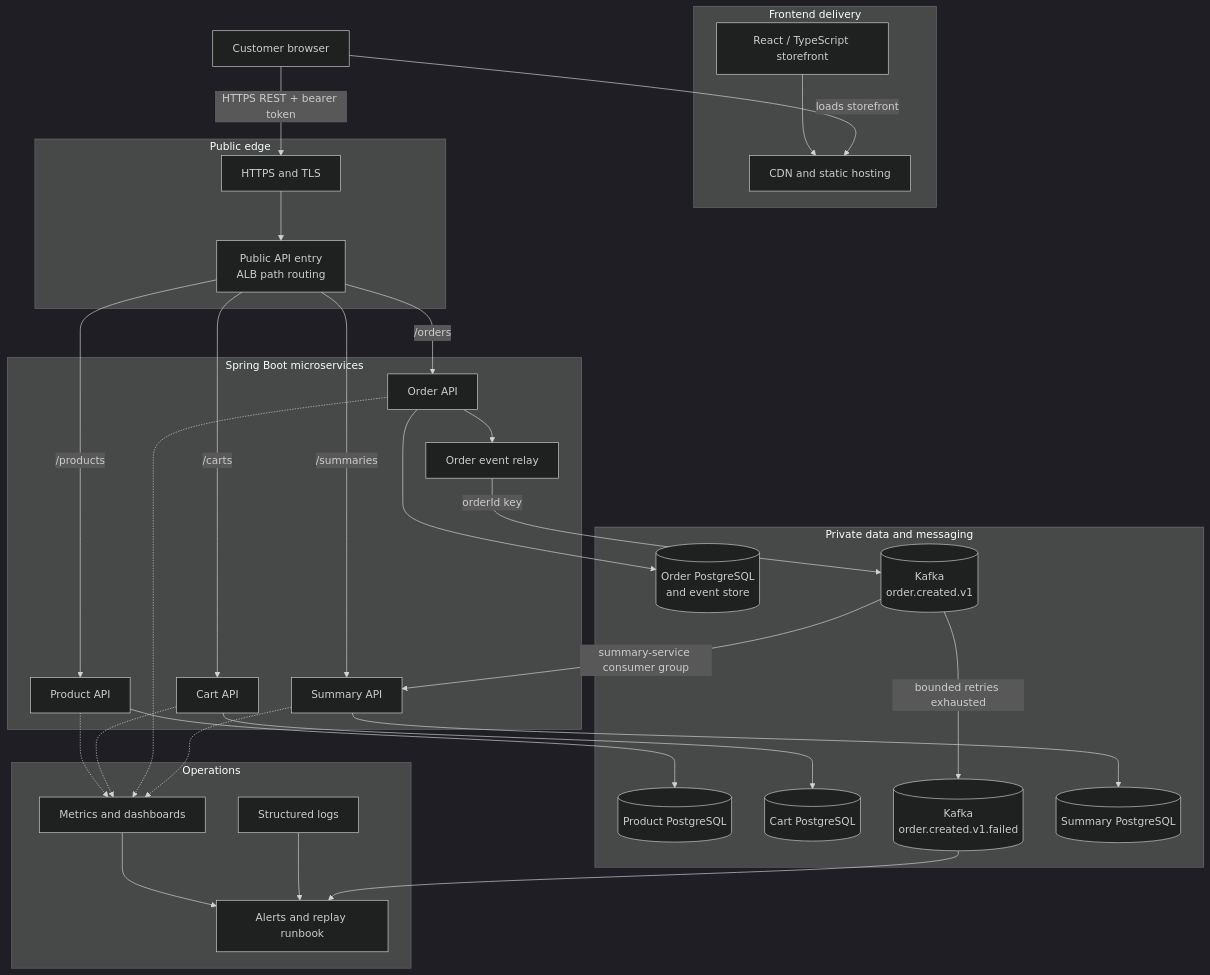
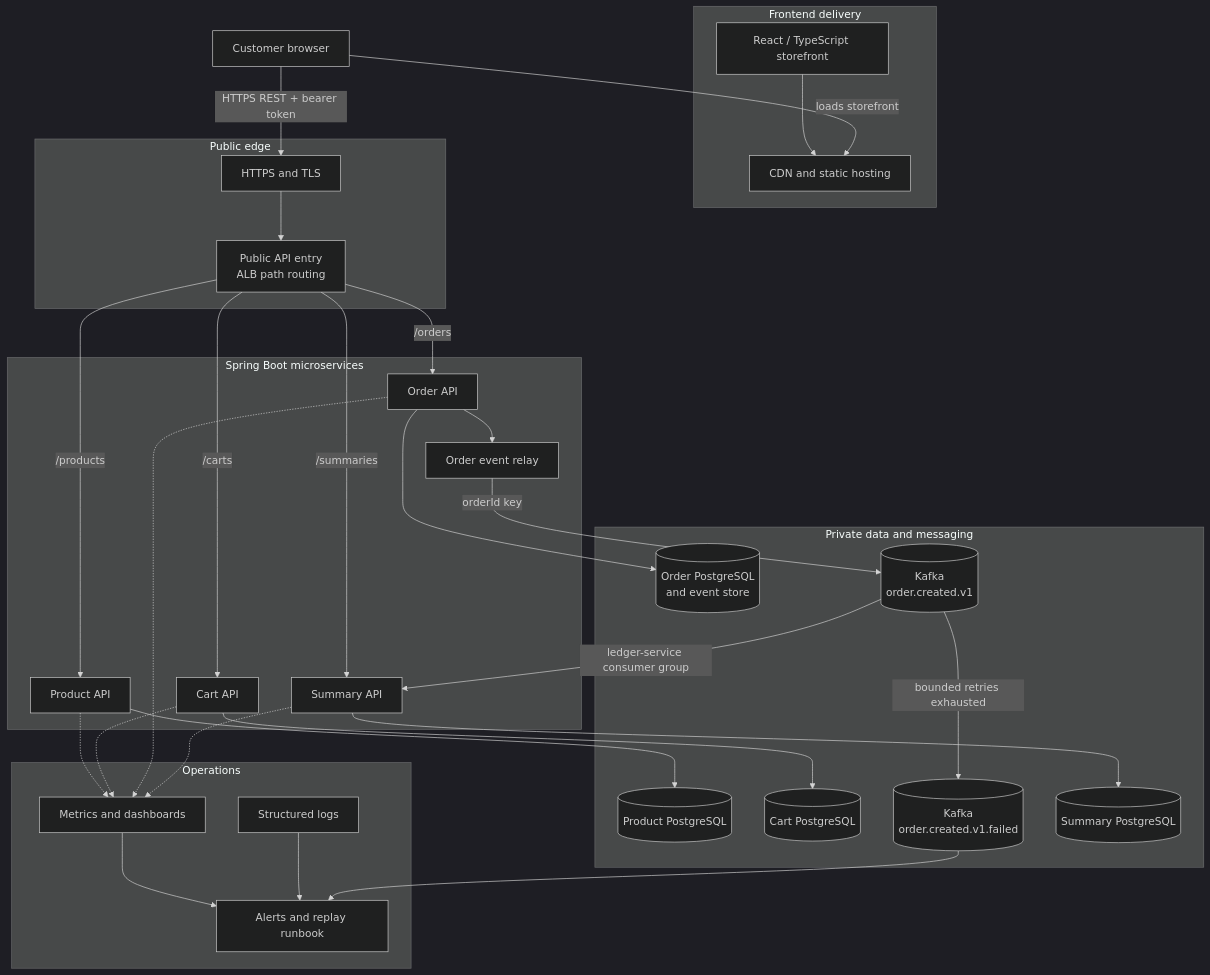
One commit to tukue/grocery-microservices changed the second of 2 diagrams in docs/architecture-overview.md. Above: the diagram before and after it, drawn with Mermaid (dark theme). The commit also changed other lines of this file and 63 other files, not shown here.

First line of the commit message:
Feature/rename summary to ledger service (#76)

````diff
--- a/docs/architecture-overview.md
+++ b/docs/architecture-overview.md
@@ -77,62 +77,62 @@
 ```mermaid
 flowchart TB
     Customer[Customer browser]
 
     subgraph Frontend[Frontend delivery]
         WebApp[React / TypeScript storefront]
         Cdn[CDN and static hosting]
         WebApp --> Cdn
     end
 
     subgraph Edge[Public edge]
         Tls[HTTPS and TLS]
         Api[Public API entry\nALB path routing]
     end
 
     subgraph Backend[Spring Boot microservices]
         ProductApi[Product API]
         CartApi[Cart API]
         OrderApi[Order API]
         SummaryApi[Summary API]
         EventRelay[Order event relay]
     end
 
     subgraph Data[Private data and messaging]
         ProductDb[(Product PostgreSQL)]
         CartDb[(Cart PostgreSQL)]
         OrderDb[(Order PostgreSQL\nand event store)]
         Kafka[(Kafka\norder.created.v1)]
         FailedQueue[(Kafka\norder.created.v1.failed)]
         SummaryDb[(Summary PostgreSQL)]
     end
 
     subgraph Operations[Operations]
         Metrics[Metrics and dashboards]
         Logs[Structured logs]
         Alerts[Alerts and replay runbook]
     end
 
     Customer -->|loads storefront| Cdn
     Customer -->|HTTPS REST + bearer token| Tls --> Api
     Api -->|/products| ProductApi
     Api -->|/carts| CartApi
     Api -->|/orders| OrderApi
     Api -->|/summaries| SummaryApi
 
     ProductApi --> ProductDb
     CartApi --> CartDb
     OrderApi --> OrderDb
     OrderApi --> EventRelay
     EventRelay -->|orderId key| Kafka
-    Kafka -->|summary-service consumer group| SummaryApi
+    Kafka -->|ledger-service consumer group| SummaryApi
     Kafka -->|bounded retries exhausted| FailedQueue
     SummaryApi --> SummaryDb
 
     ProductApi -.-> Metrics
     CartApi -.-> Metrics
     OrderApi -.-> Metrics
     SummaryApi -.-> Metrics
     Metrics --> Alerts
     Logs --> Alerts
     FailedQueue --> Alerts
 ```
````
